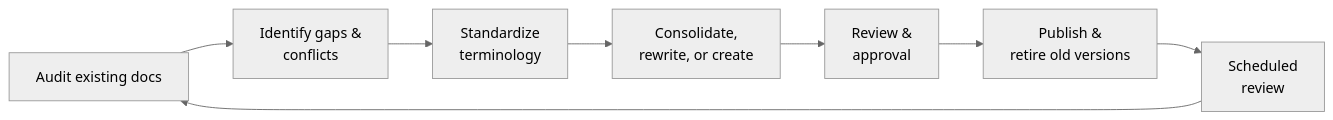
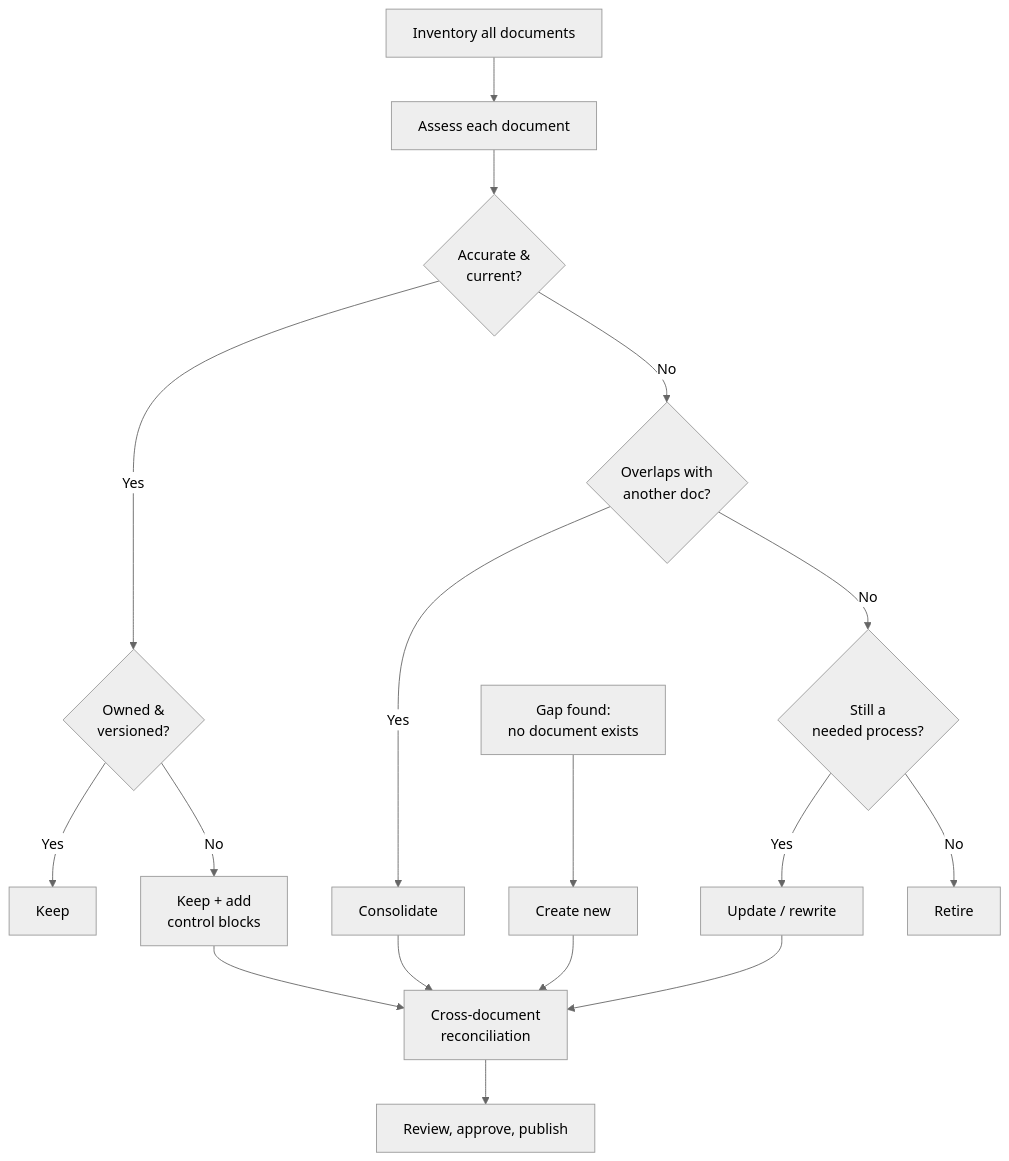
One commit to hossnfeffa/Service-Desk-Documentation-Portfolio changed the second of 4 diagrams in README.md. Above: the diagram before and after it, drawn with Mermaid (neutral theme). The commit also changed other lines of this file, not shown here.

````diff
--- a/README.md
+++ b/README.md
@@ -39,10 +28,19 @@
 ```mermaid
-flowchart LR
-    A[Audit existing docs] --> B[Identify gaps &<br/>conflicts]
-    B --> C[Standardize<br/>terminology]
-    C --> D[Consolidate,<br/>rewrite, or create]
-    D --> E[Review &<br/>approval]
-    E --> F[Publish &<br/>retire old versions]
-    F --> G[Scheduled<br/>review]
-    G --> A
+flowchart TD
+    A[Inventory all documents] --> B[Assess each document]
+    B --> C{Accurate &<br/>current?}
+    C -- Yes --> D{Owned &<br/>versioned?}
+    D -- Yes --> K[Keep]
+    D -- No --> K2[Keep + add<br/>control blocks]
+    C -- No --> E{Overlaps with<br/>another doc?}
+    E -- Yes --> F[Consolidate]
+    E -- No --> G{Still a<br/>needed process?}
+    G -- Yes --> H[Update / rewrite]
+    G -- No --> R[Retire]
+    I[Gap found:<br/>no document exists] --> J[Create new]
+    F --> X[Cross-document<br/>reconciliation]
+    H --> X
+    J --> X
+    K2 --> X
+    X --> P[Review, approve, publish]
 ```
````
